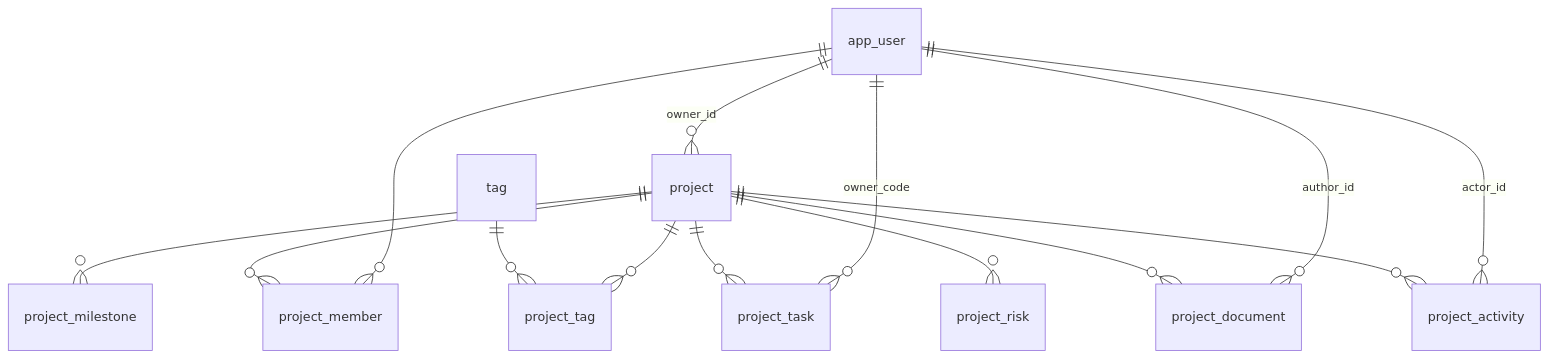
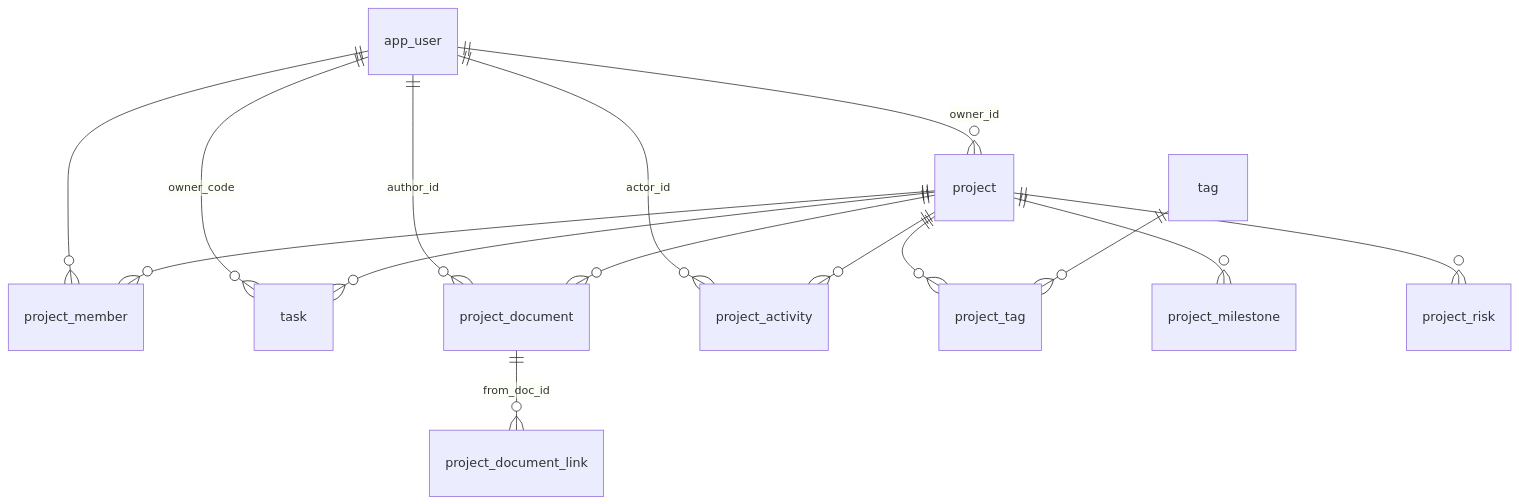
Before and after one commit to admire-adoring/lucky: the diagram in design/sql-design/项目表结构设计.md, drawn with Mermaid. The commit also changed other lines of this file and 67 other files, not shown here.

````diff
--- a/design/sql-design/项目表结构设计.md
+++ b/design/sql-design/项目表结构设计.md
@@ -42,16 +55,17 @@
 ```mermaid
 erDiagram
-    app_user     ||--o{ project          : "owner_id"
-    app_user     ||--o{ project_member   : ""
-    app_user     ||--o{ project_task     : "owner_code"
-    app_user     ||--o{ project_document : "author_id"
-    app_user     ||--o{ project_activity : "actor_id"
-    project      ||--o{ project_member   : ""
-    project      ||--o{ project_tag      : ""
-    tag          ||--o{ project_tag      : ""
-    project      ||--o{ project_task     : ""
-    project      ||--o{ project_milestone: ""
-    project      ||--o{ project_document : ""
-    project      ||--o{ project_activity : ""
-    project      ||--o{ project_risk     : ""
+    app_user     ||--o{ project                 : "owner_id"
+    app_user     ||--o{ project_member          : ""
+    app_user     ||--o{ task                    : "owner_code"
+    app_user     ||--o{ project_document        : "author_id"
+    app_user     ||--o{ project_activity        : "actor_id"
+    project      ||--o{ project_member          : ""
+    project      ||--o{ project_tag             : ""
+    tag          ||--o{ project_tag             : ""
+    project      ||--o{ task                    : ""
+    project      ||--o{ project_milestone       : ""
+    project      ||--o{ project_document        : ""
+    project_document ||--o{ project_document_link : "from_doc_id"
+    project      ||--o{ project_activity        : ""
+    project      ||--o{ project_risk            : ""
 ```
````
